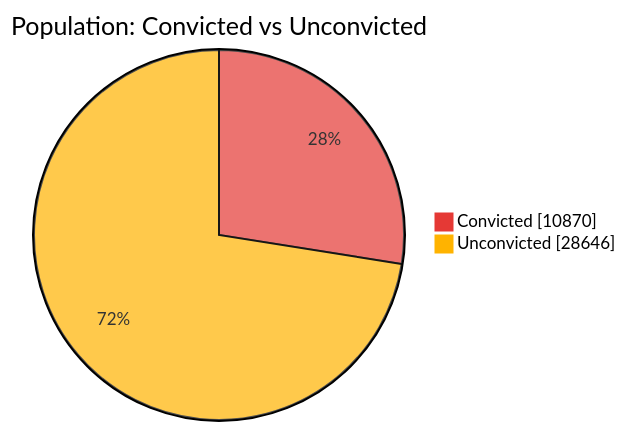
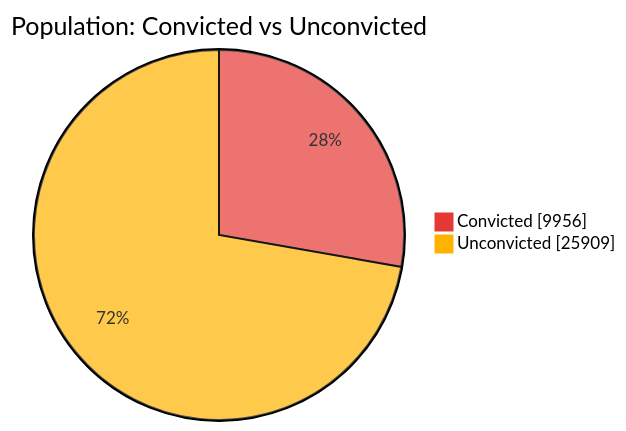
Before and after one commit to nuuuwan/lk_prisons: the first of 7 diagrams in README.md, drawn with Mermaid. The commit also changed other lines of this file and 1 other file, not shown here.

````diff
--- a/README.md
+++ b/README.md
@@ -43,6 +43,6 @@
 ```mermaid
 %%{init: {'themeVariables': {'pie1': '#E53935', 'pie2': '#FFB300'}}}%%
 pie showData title Population: Convicted vs Unconvicted
-    "Convicted" : 10870
-    "Unconvicted" : 28646
+    "Convicted" : 9956
+    "Unconvicted" : 25909
 ```
````
